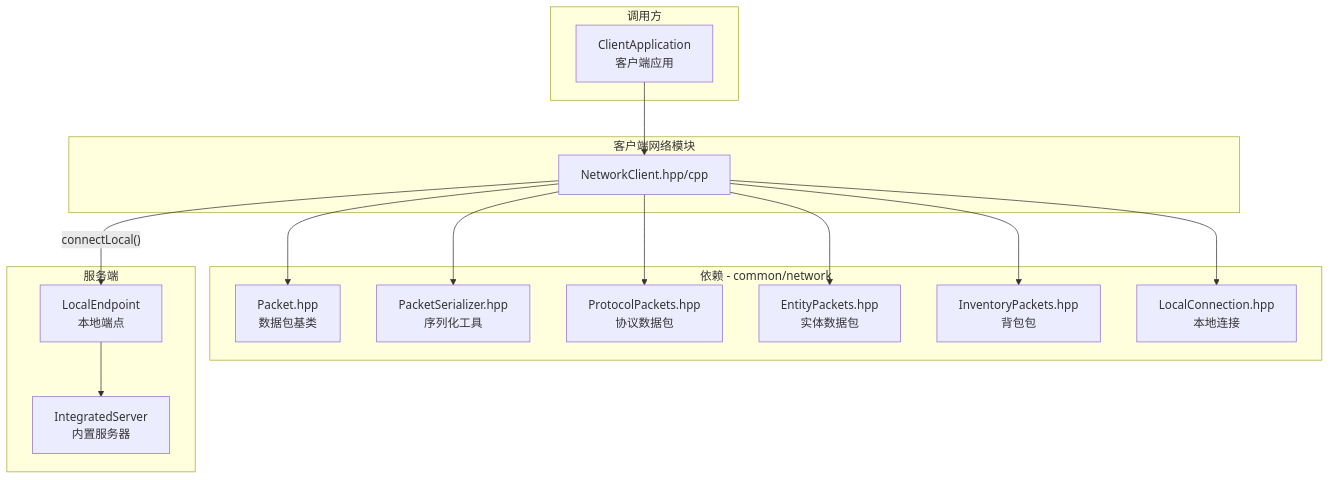
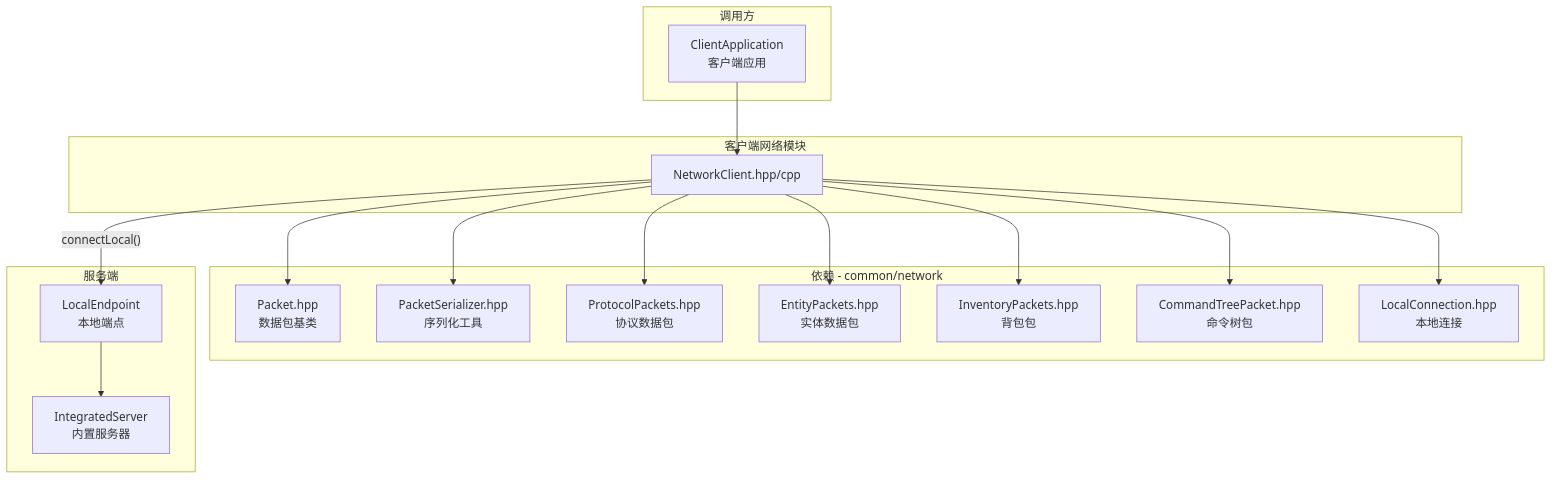
The first of 4 diagrams in src/client/network/README.md (g122622/Cubium), drawn with Mermaid before and after one commit. The commit also changed other lines of this file and 32 other files, not shown here.

````diff
--- a/src/client/network/README.md
+++ b/src/client/network/README.md
@@ -239,36 +241,38 @@
 ```mermaid
 graph TB
     subgraph "客户端网络模块"
         NetworkClient[NetworkClient.hpp/cpp]
     end
 
     subgraph "依赖 - common/network"
         Packet[Packet.hpp<br/>数据包基类]
         Serializer[PacketSerializer.hpp<br/>序列化工具]
         ProtocolPackets[ProtocolPackets.hpp<br/>协议数据包]
         EntityPackets[EntityPackets.hpp<br/>实体数据包]
         InventoryPackets[InventoryPackets.hpp<br/>背包包]
+        CommandTree[CommandTreePacket.hpp<br/>命令树包]
         LocalConnection[LocalConnection.hpp<br/>本地连接]
     end
 
     subgraph "调用方"
         ClientApplication[ClientApplication<br/>客户端应用]
     end
 
     subgraph "服务端"
         IntegratedServer[IntegratedServer<br/>内置服务器]
         LocalEndpoint[LocalEndpoint<br/>本地端点]
     end
 
     NetworkClient --> Packet
     NetworkClient --> Serializer
     NetworkClient --> ProtocolPackets
     NetworkClient --> EntityPackets
     NetworkClient --> InventoryPackets
+    NetworkClient --> CommandTree
     NetworkClient --> LocalConnection
 
     ClientApplication --> NetworkClient
 
     NetworkClient -->|"connectLocal()"| LocalEndpoint
     LocalEndpoint --> IntegratedServer
 ```
````
